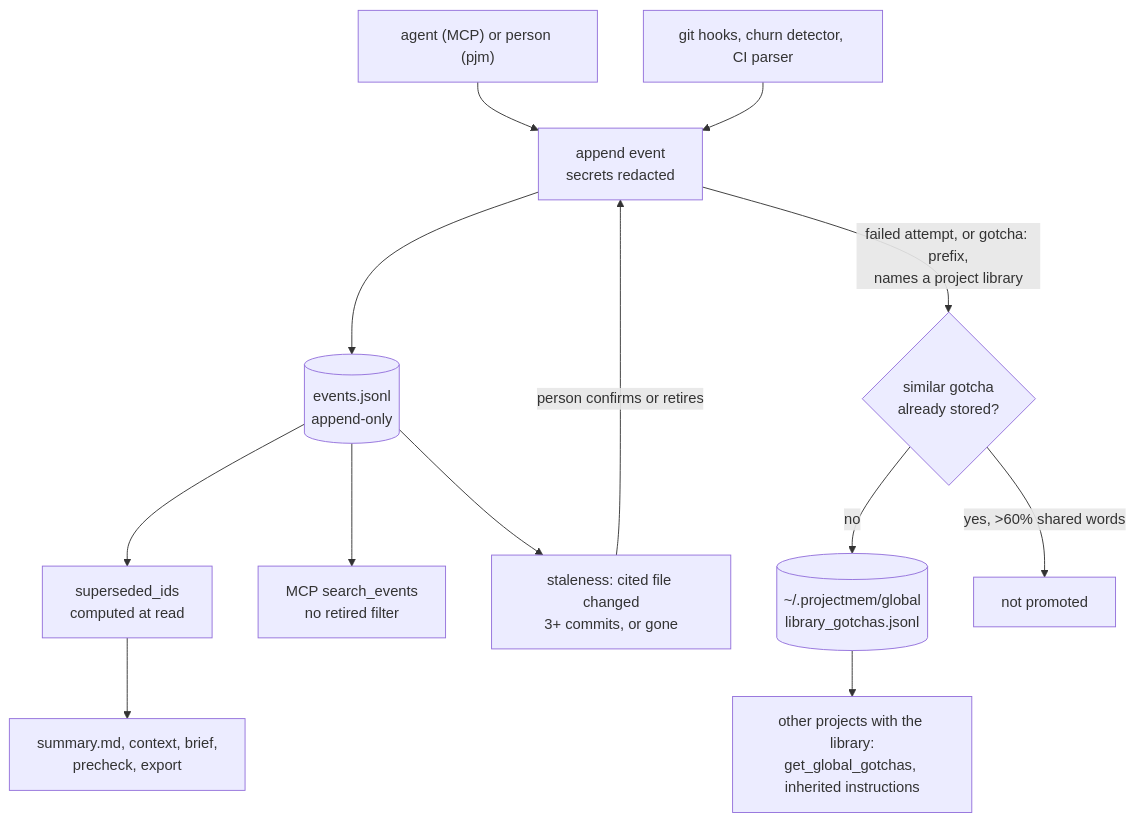
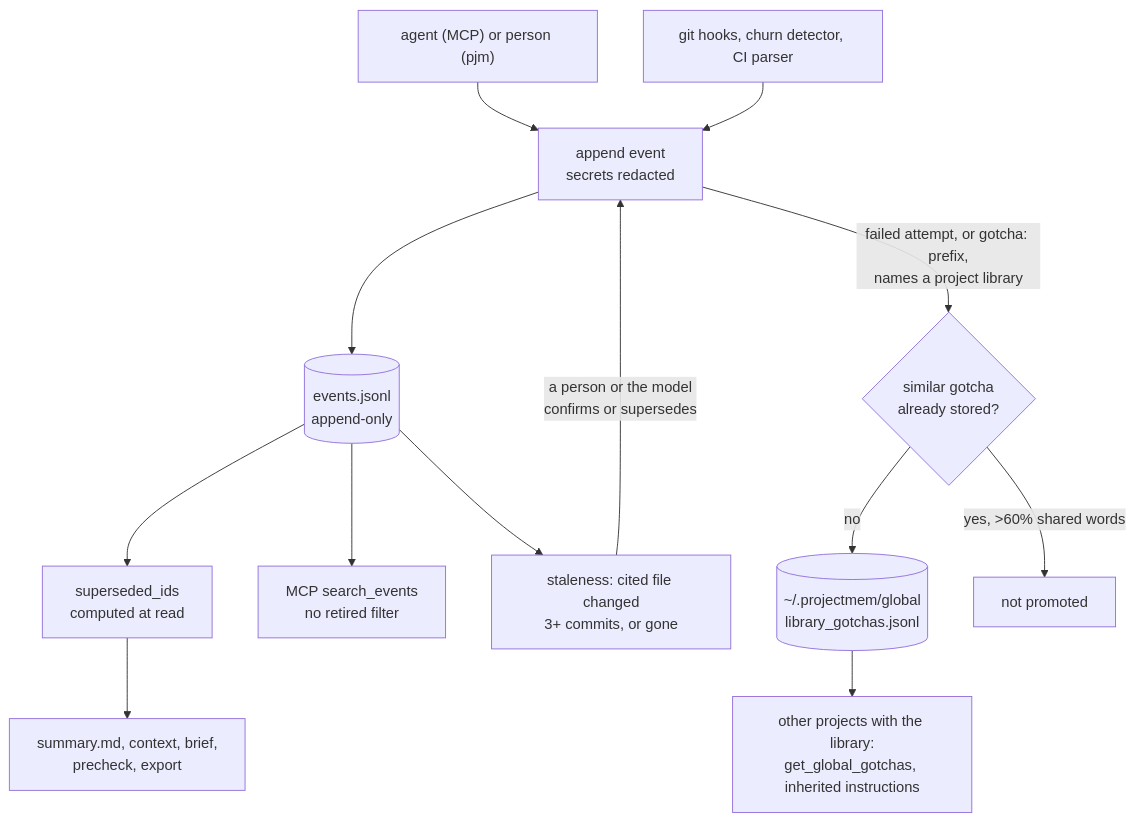
The diagram in content/systems/projectmem.md (neoneye/agent-memory-atlas), drawn with Mermaid before and after one commit. The commit also changed other lines of this file and 15 other files, not shown here.

````diff
--- a/content/systems/projectmem.md
+++ b/content/systems/projectmem.md
@@ -90,16 +101,16 @@
 ```mermaid
 %% caption: the project log is append-only with supersession computed on read; promotion into the global store neither follows nor records it
 flowchart TB
     AGENT["agent (MCP) or person (pjm)"] --> APPEND["append event<br/>secrets redacted"]
     HOOKS["git hooks, churn detector, CI parser"] --> APPEND
     APPEND --> LOG[("events.jsonl<br/>append-only")]
     LOG --> RETIRED["superseded_ids<br/>computed at read"]
     RETIRED --> VIEWS["summary.md, context, brief,<br/>precheck, export"]
     LOG --> MCPSEARCH["MCP search_events<br/>no retired filter"]
     LOG --> STALE["staleness: cited file changed<br/>3+ commits, or gone"]
-    STALE -->|"person confirms or retires"| APPEND
+    STALE -->|"a person or the model<br/>confirms or supersedes"| APPEND
     APPEND -->|"failed attempt, or gotcha: prefix,<br/>names a project library"| PROMOTE{"similar gotcha<br/>already stored?"}
     PROMOTE -->|"no"| GLOBAL[("~/.projectmem/global<br/>library_gotchas.jsonl")]
     PROMOTE -->|"yes, >60% shared words"| SKIP["not promoted"]
     GLOBAL --> INHERIT["other projects with the library:<br/>get_global_gotchas, inherited instructions"]
 ```
````
